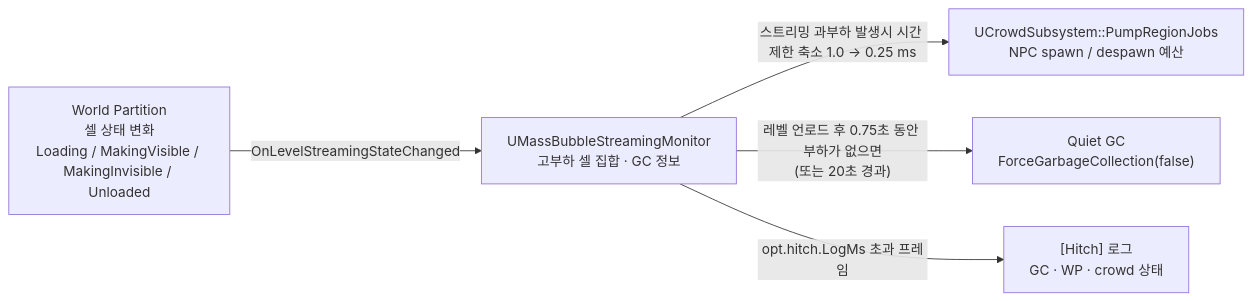
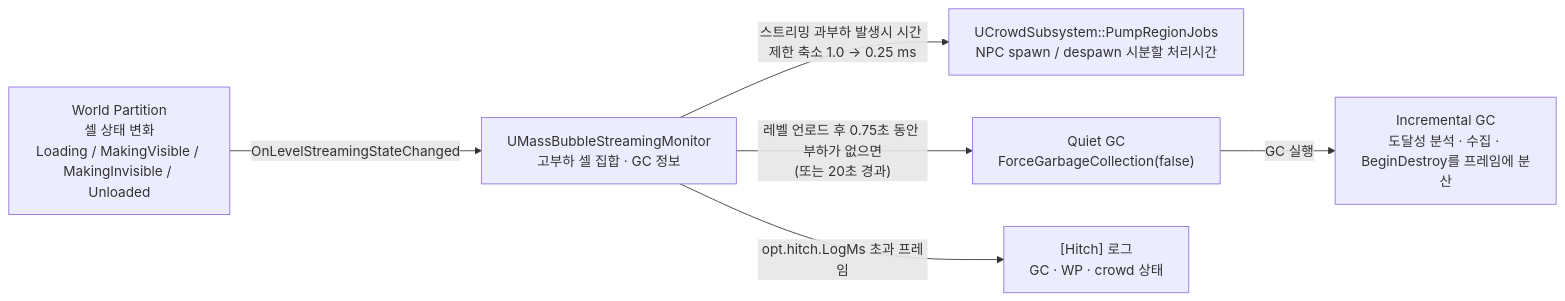
Before and after one commit to woodsshin/GameServer: the fourth of 4 diagrams in MassBubble/README.md, drawn with Mermaid. The commit also changed other lines of this file and 26 other files, not shown here.

````diff
--- a/MassBubble/README.md
+++ b/MassBubble/README.md
@@ -828,13 +920,15 @@
 ```mermaid
 flowchart LR
     WP["World Partition<br/>셀 상태 변화<br/>Loading / MakingVisible / MakingInvisible / Unloaded"]
     MON["UMassBubbleStreamingMonitor<br/>고부하 셀 집합 · GC 정보"]
-    CROWD["UCrowdSubsystem::PumpRegionJobs<br/>NPC spawn / despawn 예산"]
+    CROWD["UCrowdSubsystem::PumpRegionJobs<br/>NPC spawn / despawn 시분할 처리시간"]
     GC["Quiet GC<br/>ForceGarbageCollection(false)"]
+    IGC["Incremental GC<br/>도달성 분석 · 수집 · BeginDestroy를 프레임에 분산"]
     LOG["[Hitch] 로그<br/>GC · WP · crowd 상태"]
 
     WP -- "OnLevelStreamingStateChanged" --> MON
     MON -- "스트리밍 과부하 발생시 시간 제한 축소 1.0 → 0.25 ms" --> CROWD
     MON -- "레벨 언로드 후 0.75초 동안 부하가 없으면<br/>(또는 20초 경과)" --> GC
+    GC -- "GC 실행" --> IGC
     MON -- "opt.hitch.LogMs 초과 프레임" --> LOG
 ```
````
